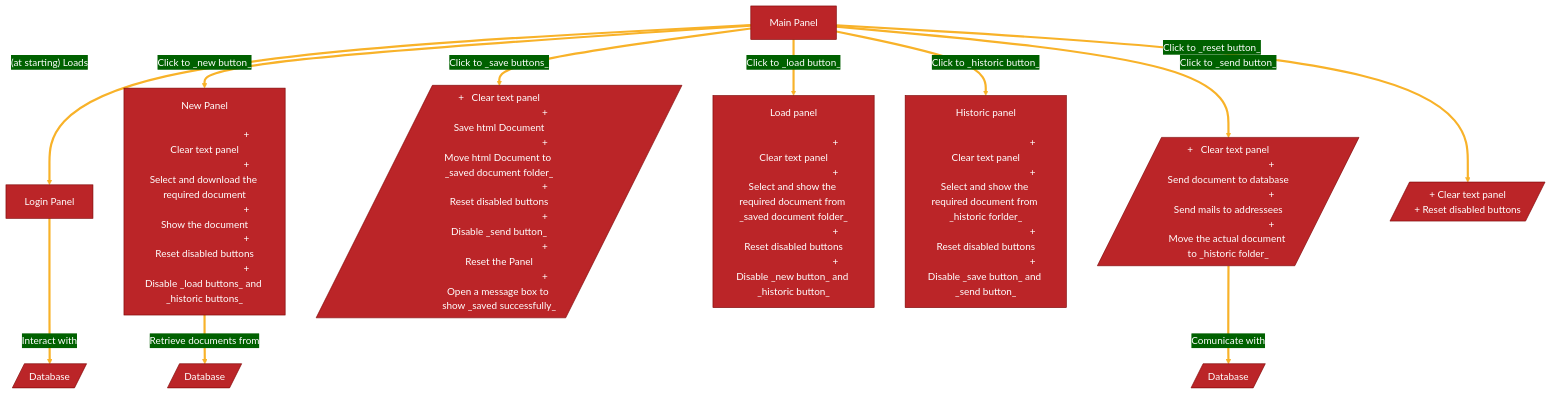
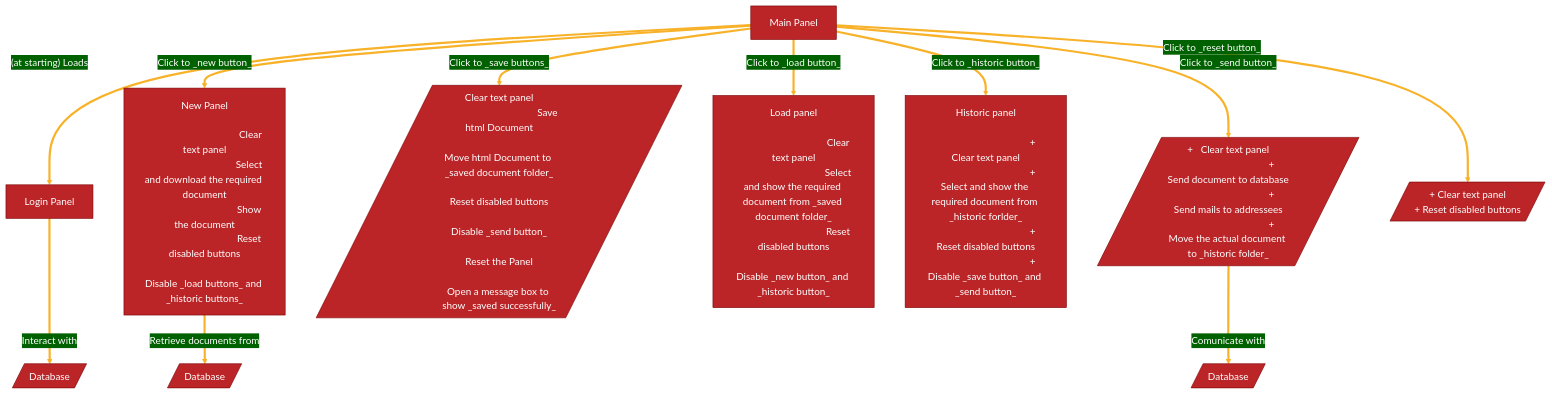
Before and after one commit to R0mb0/FPDF: the diagram in Project_Properties/Flow_Chart.md, drawn with Mermaid.

Commit message:
Minor fix

````diff
--- a/Project_Properties/Flow_Chart.md
+++ b/Project_Properties/Flow_Chart.md
@@ -3,52 +3,52 @@
 ```mermaid
 %%{
   init: {
     'theme': 'base',
     'themeVariables': {
       'primaryColor': '#BB2528',
       'primaryTextColor': '#fff',
       'primaryBorderColor': '#7C0000',
       'lineColor': '#F8B229',
       'secondaryColor': '#006100',
       'tertiaryColor': '#fff'
     }
   }
 }%%
 graph TD;
   A[Login Panel] == Interact with ==> B[/Database/]
   C[Main Panel] == (at starting) Loads ==> A
   C == Click to _new button_ ==> D[New Panel
 
-                                    +   Clear text panel
-                                    +   Select and download the required document
-                                    +   Show the document
-                                    +   Reset disabled buttons
-                                    +   Disable _load buttons_ and _historic buttons_]
+                                     Clear text panel
+                                    Select and download the required document
+                                    Show the document
+                                    Reset disabled buttons
+                                    Disable _load buttons_ and _historic buttons_]
   D == Retrieve documents from ==> E[/Database/]
-  C == Click to _save buttons_ ==> F[/ +   Clear text panel
-                                       +   Save html Document
-                                       +   Move html Document to _saved document folder_
-                                       +   Reset disabled buttons
-                                       +   Disable _send button_
-                                       +   Reset the Panel
-                                       +   Open a message box to show _saved successfully_/]
+  C == Click to _save buttons_ ==> F[/ Clear text panel
+                                       Save html Document
+                                       Move html Document to _saved document folder_
+                                       Reset disabled buttons
+                                       Disable _send button_
+                                       Reset the Panel
+                                       Open a message box to show _saved successfully_/]
   C == Click to _load button_ ==> G[Load panel
 
-                                    +   Clear text panel
-                                    +   Select and show the required document from _saved document folder_
-                                    +   Reset disabled buttons
-                                    +   Disable _new button_ and _historic button_]
+                                    Clear text panel
+                                    Select and show the required document from _saved document folder_
+                                    Reset disabled buttons
+                                    Disable _new button_ and _historic button_]
   C == Click to _historic button_ ==> H[Historic panel
 
                                         +   Clear text panel
                                         +   Select and show the required document from _historic forlder_
                                         +   Reset disabled buttons
                                         +   Disable _save button_ and _send button_]
  C == Click to _send button_ ==> I[/ +   Clear text panel
                                      +   Send document to database
                                      +   Send mails to addressees
                                      +   Move the actual document to _historic folder_/]
  I == Comunicate with ==> J[/Database/]
  C == Click to _reset button_ ==> K[/ +   Clear text panel
                                       +   Reset disabled buttons/]
 ```
````
